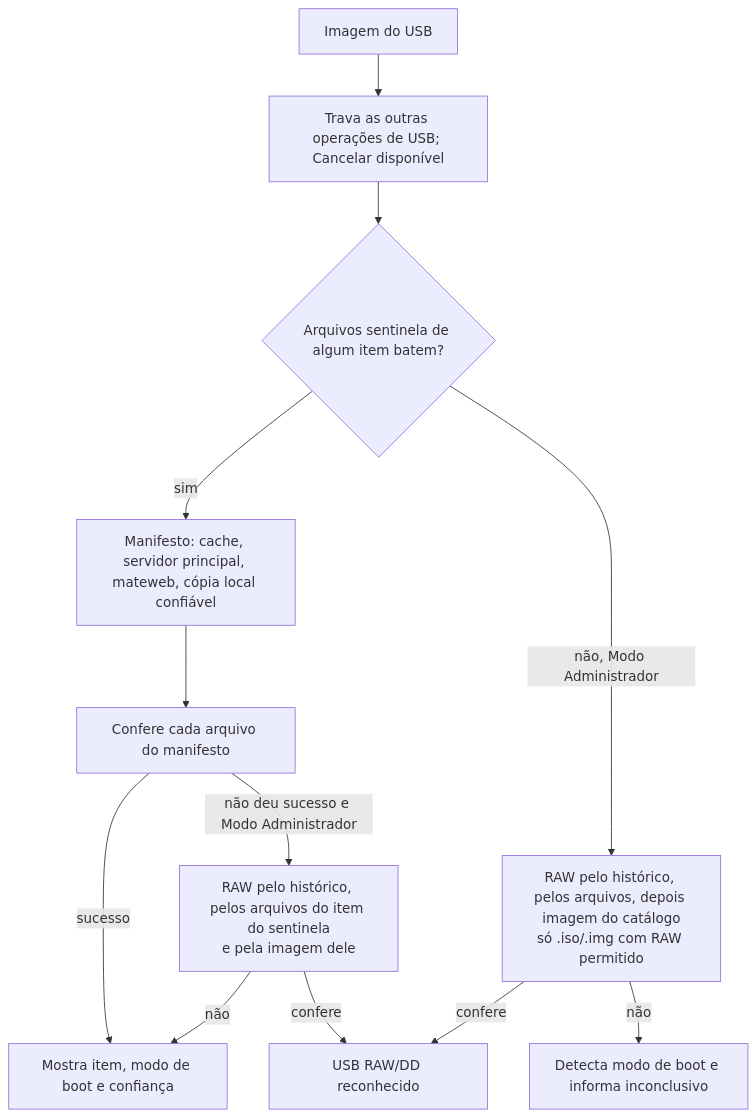
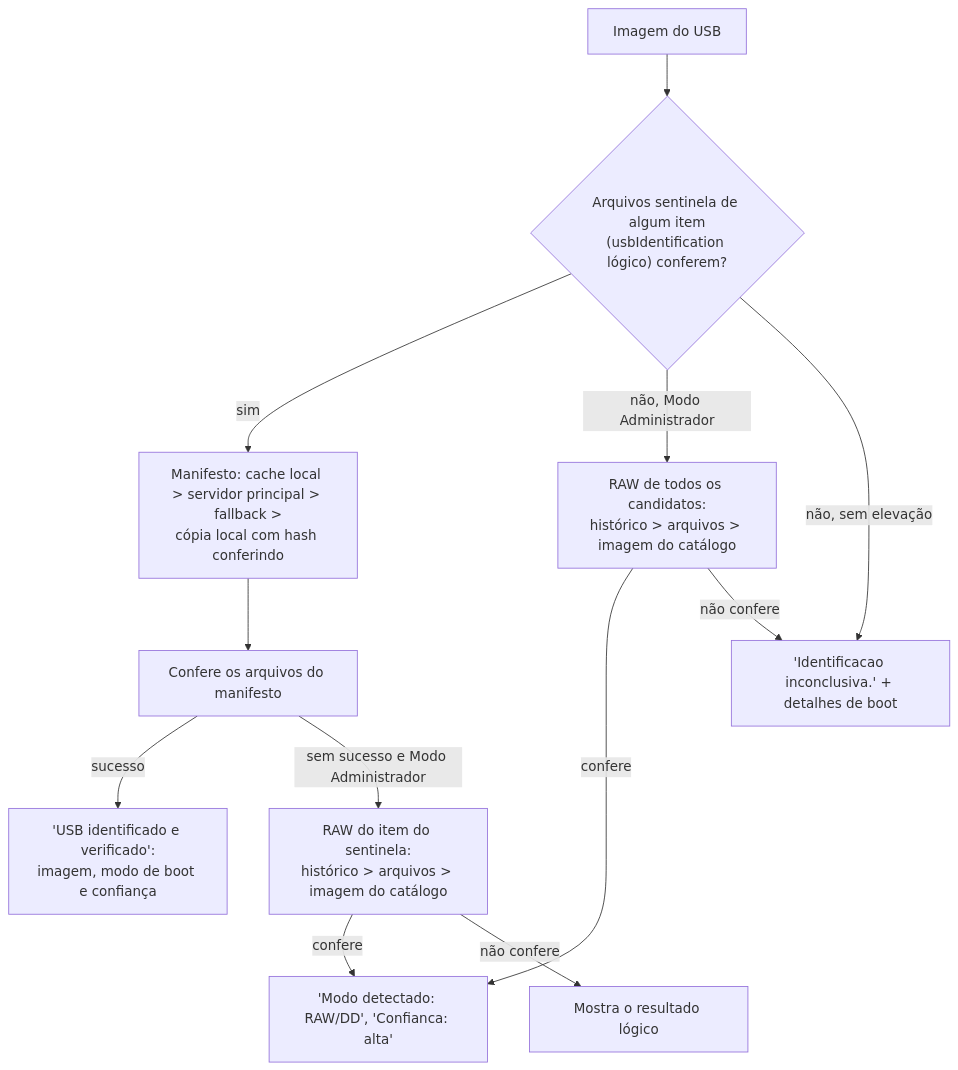
Before and after one commit to MarceloSobral-Quallit/Q-DISK: diagram 12 of 15 in docs/FLUXOS_APP.md, drawn with Mermaid. The commit also changed other lines of this file, not shown here.

````diff
--- a/docs/FLUXOS_APP.md
+++ b/docs/FLUXOS_APP.md
@@ -216,14 +654,13 @@
 ```mermaid
 flowchart TD
-    A[Imagem do USB] --> T[Trava as outras operações de USB; Cancelar disponível]
-    T --> B{Arquivos sentinela de algum item batem?}
-    B -- sim --> C[Manifesto: cache, servidor principal, mateweb, cópia local confiável]
-    C --> D[Confere cada arquivo do manifesto]
-    D -- sucesso --> OK[Mostra item, modo de boot e confiança]
-    D -- não deu sucesso e Modo Administrador --> E[RAW pelo histórico, pelos arquivos do item do sentinela<br/>e pela imagem dele]
-    E -- confere --> RAW[USB RAW/DD reconhecido]
-    E -- não --> OK
-    B -- não, Modo Administrador --> F[RAW pelo histórico, pelos arquivos, depois imagem do catálogo<br/>só .iso/.img com RAW permitido]
-    F -- confere --> RAW
-    F -- não --> G[Detecta modo de boot e informa inconclusivo]
+    A["Imagem do USB"] --> B{"Arquivos sentinela de algum item<br/>(usbIdentification lógico) conferem?"}
+    B -- "sim" --> C["Manifesto: cache local > servidor principal > fallback ><br/>cópia local com hash conferindo"]
+    C --> D["Confere os arquivos do manifesto"]
+    D -- "sucesso" --> OK["'USB identificado e verificado':<br/>imagem, modo de boot e confiança"]
+    D -- "sem sucesso e Modo Administrador" --> E["RAW do item do sentinela:<br/>histórico > arquivos > imagem do catálogo"]
+    B -- "não, Modo Administrador" --> F["RAW de todos os candidatos:<br/>histórico > arquivos > imagem do catálogo"]
+    E & F -- "confere" --> RAW["'Modo detectado: RAW/DD', 'Confianca: alta'"]
+    E -- "não confere" --> OK2["Mostra o resultado lógico"]
+    F -- "não confere" --> I["'Identificacao inconclusiva.' + detalhes de boot"]
+    B -- "não, sem elevação" --> I
 ```
````
